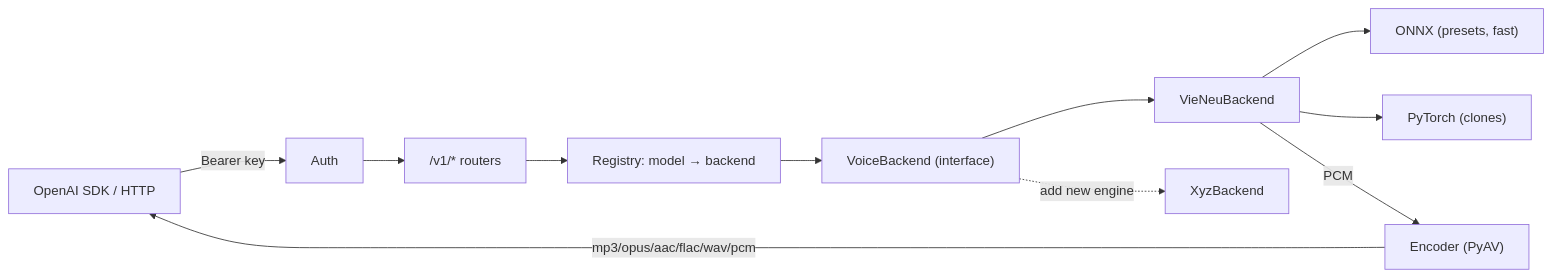
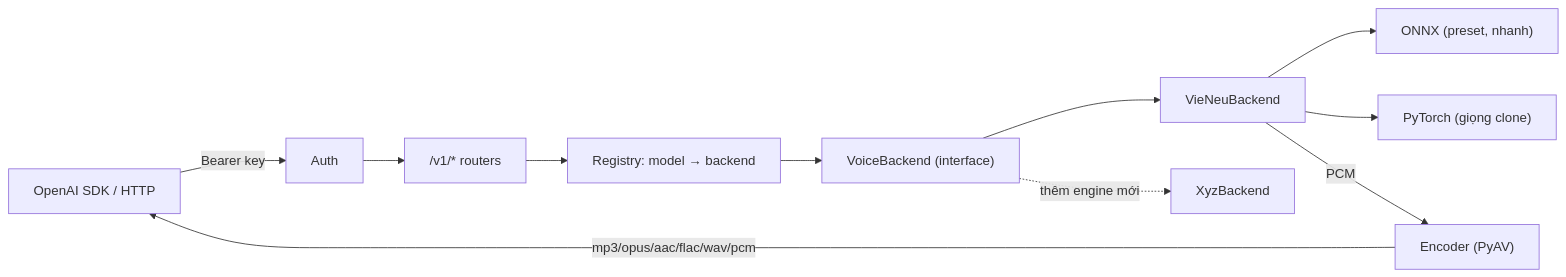
One commit to truongqv12/all_voice changed the diagram in README.md. Above: the diagram before and after it, drawn with Mermaid. The commit also changed other lines of this file and 1 other file, not shown here.

First line of the commit message:
docs: rewrite README in Vietnamese; document clone knobs and speed no-op

````diff
--- a/README.md
+++ b/README.md
@@ -28,13 +28,13 @@
 ```mermaid
 flowchart LR
     Client["OpenAI SDK / HTTP"] -->|"Bearer key"| Auth[Auth]
     Auth --> Router["/v1/* routers"]
     Router --> Reg["Registry: model → backend"]
     Reg --> BE["VoiceBackend (interface)"]
     BE --> VieNeu[VieNeuBackend]
-    BE -. add new engine .-> Other[XyzBackend]
-    VieNeu --> ONNX["ONNX (presets, fast)"]
-    VieNeu --> Torch["PyTorch (clones)"]
+    BE -. thêm engine mới .-> Other[XyzBackend]
+    VieNeu --> ONNX["ONNX (preset, nhanh)"]
+    VieNeu --> Torch["PyTorch (giọng clone)"]
     VieNeu -->|PCM| Enc["Encoder (PyAV)"]
     Enc -->|"mp3/opus/aac/flac/wav/pcm"| Client
 ```
````
